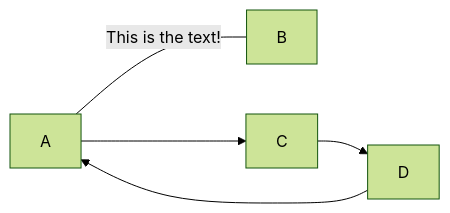
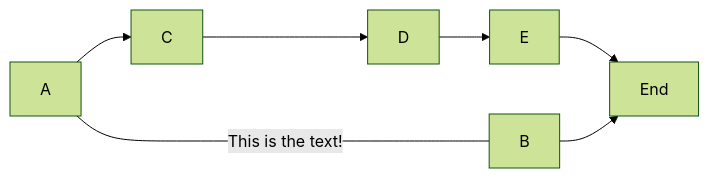
Before and after one commit to szks-repo/mermaid_md_test: the first of 2 diagrams in README.md, drawn with Mermaid (forest theme).

````diff
--- a/README.md
+++ b/README.md
@@ -4,7 +4,9 @@
 ```mermaid
 flowchart LR
     A-- This is the text! ---B
     A-->C
     C-->D
-    D-->A
+    D-->E
+    E-->End
+    B-->End
 ```
````
